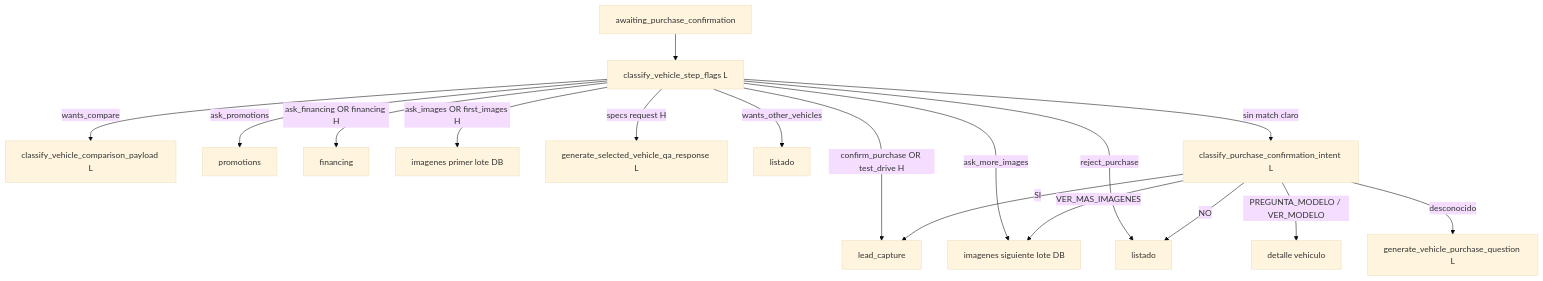
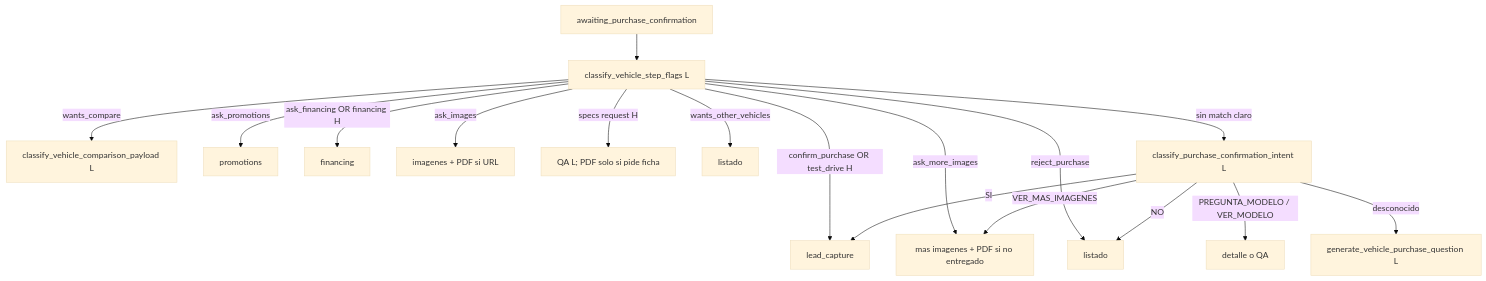
One commit to JoseManuelGdlO/car-advisor-bot changed the sixth of 10 diagrams in bot/docs/flujo-completo.md. Above: the diagram before and after it, drawn with Mermaid (base theme). The commit also changed other lines of this file and 8 other files, not shown here.

First line of the commit message:
feat: enhance vehicle selection flow with purchase preferences and technical sheet handling

````diff
--- a/bot/docs/flujo-completo.md
+++ b/bot/docs/flujo-completo.md
@@ -279,19 +305,19 @@
 ```mermaid
 flowchart TD
     confirm[awaiting_purchase_confirmation] --> flags["classify_vehicle_step_flags L"]
     flags -->|wants_compare| compareLLM["classify_vehicle_comparison_payload L"]
     flags -->|ask_promotions| promNode[promotions]
     flags -->|confirm_purchase OR test_drive H| leadNode[lead_capture]
     flags -->|ask_financing OR financing H| finNode[financing]
-    flags -->|ask_images OR first_images H| firstImg[imagenes primer lote DB]
-    flags -->|ask_more_images| moreImg[imagenes siguiente lote DB]
-    flags -->|specs request H| inventoryQA["generate_selected_vehicle_qa_response L"]
+    flags -->|ask_images| firstImg["imagenes + PDF si URL"]
+    flags -->|ask_more_images| moreImg["mas imagenes + PDF si no entregado"]
+    flags -->|specs request H| inventoryQA["QA L; PDF solo si pide ficha"]
     flags -->|wants_other_vehicles| otherList[listado]
     flags -->|reject_purchase| availableList[listado]
     flags -->|sin match claro| purchaseIntent["classify_purchase_confirmation_intent L"]
     purchaseIntent -->|SI| leadNode
     purchaseIntent -->|NO| availableList
     purchaseIntent -->|VER_MAS_IMAGENES| moreImg
-    purchaseIntent -->|PREGUNTA_MODELO / VER_MODELO| detailFlow[detalle vehiculo]
+    purchaseIntent -->|PREGUNTA_MODELO / VER_MODELO| detailFlow[detalle o QA]
     purchaseIntent -->|desconocido| repregunta["generate_vehicle_purchase_question L"]
 ```
````
